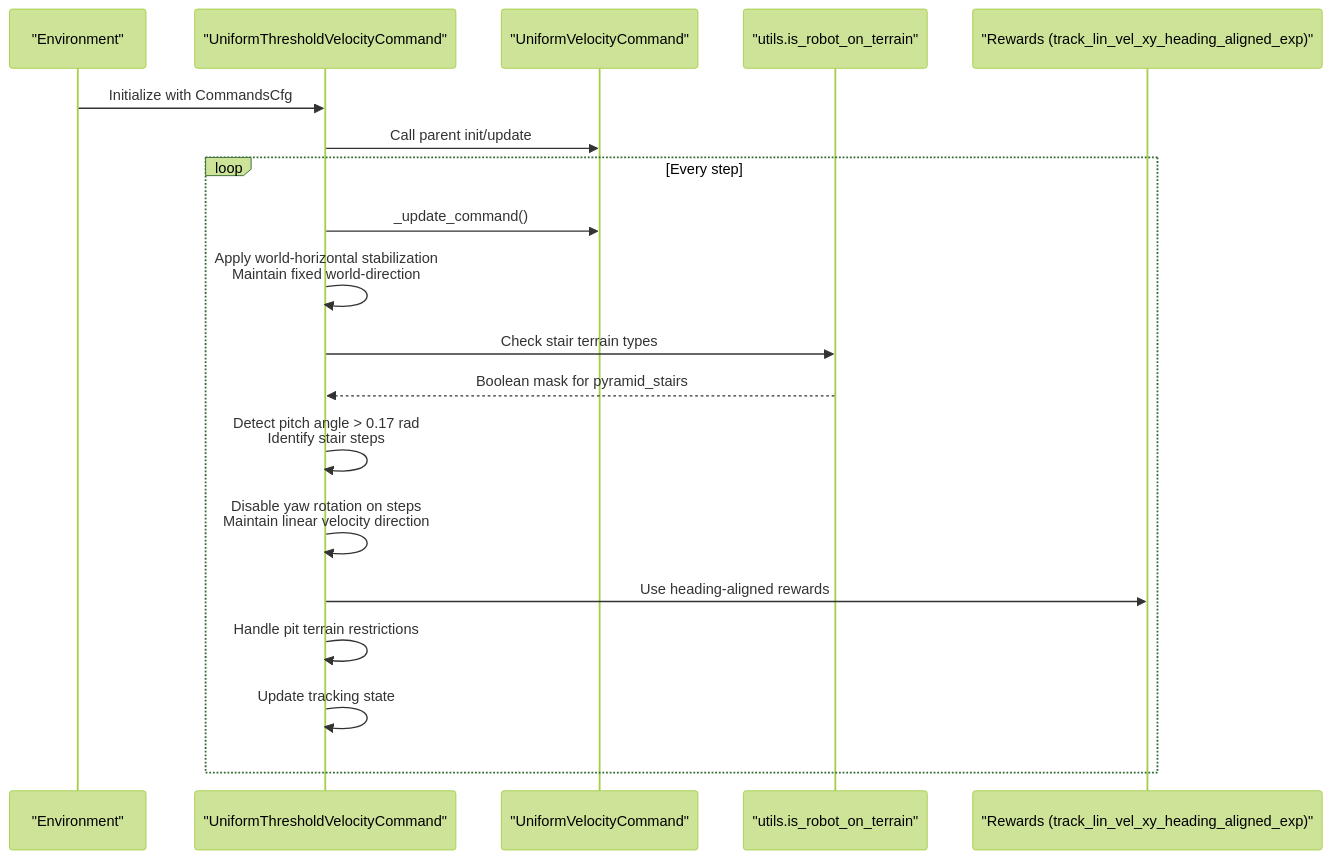
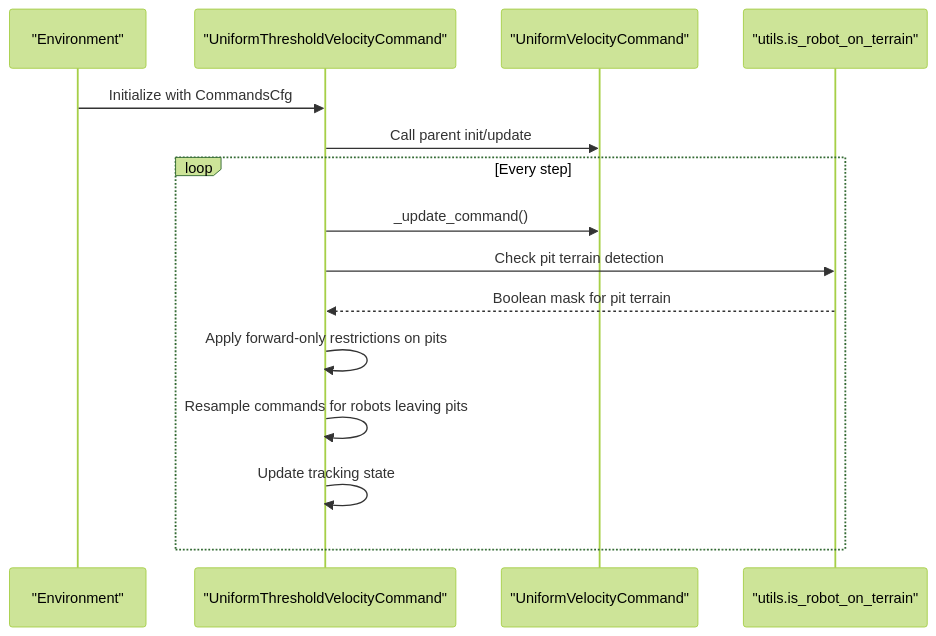
The second of 4 diagrams in .qoder/repowiki/en/content/Task Configuration Framework/Velocity-Based Locomotion Tasks/Command Generation and Tracking.md (jayjayhust/robot_lab), drawn with Mermaid (forest theme) before and after one commit. The commit also changed other lines of this file and 10 other files, not shown here.

````diff
--- a/.qoder/repowiki/en/content/Task Configuration Framework/Velocity-Based Locomotion Tasks/Command Generation and Tracking.md
+++ b/.qoder/repowiki/en/content/Task Configuration Framework/Velocity-Based Locomotion Tasks/Command Generation and Tracking.md
@@ -111,21 +109,17 @@
 ```mermaid
 sequenceDiagram
 participant Env as "Environment"
 participant Cmd as "UniformThresholdVelocityCommand"
 participant Base as "UniformVelocityCommand"
 participant Util as "utils.is_robot_on_terrain"
-participant Rew as "Rewards (track_lin_vel_xy_heading_aligned_exp)"
 Env->>Cmd : Initialize with CommandsCfg
 Cmd->>Base : Call parent init/update
 loop Every step
 Cmd->>Base : _update_command()
-Cmd->>Cmd : Apply world-horizontal stabilization<br/>Maintain fixed world-direction
-Cmd->>Util : Check stair terrain types
-Util-->>Cmd : Boolean mask for pyramid_stairs
-Cmd->>Cmd : Detect pitch angle > 0.17 rad<br/>Identify stair steps
-Cmd->>Cmd : Disable yaw rotation on steps<br/>Maintain linear velocity direction
-Cmd->>Rew : Use heading-aligned rewards
-Cmd->>Cmd : Handle pit terrain restrictions
+Cmd->>Util : Check pit terrain detection
+Util-->>Cmd : Boolean mask for pit terrain
+Cmd->>Cmd : Apply forward-only restrictions on pits
+Cmd->>Cmd : Resample commands for robots leaving pits
 Cmd->>Cmd : Update tracking state
 end
 ```
````
